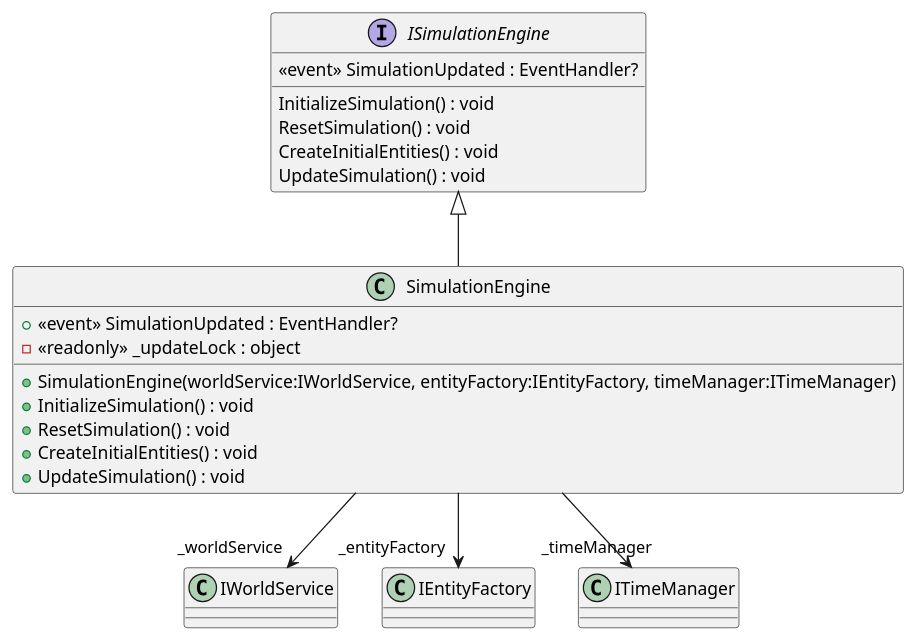
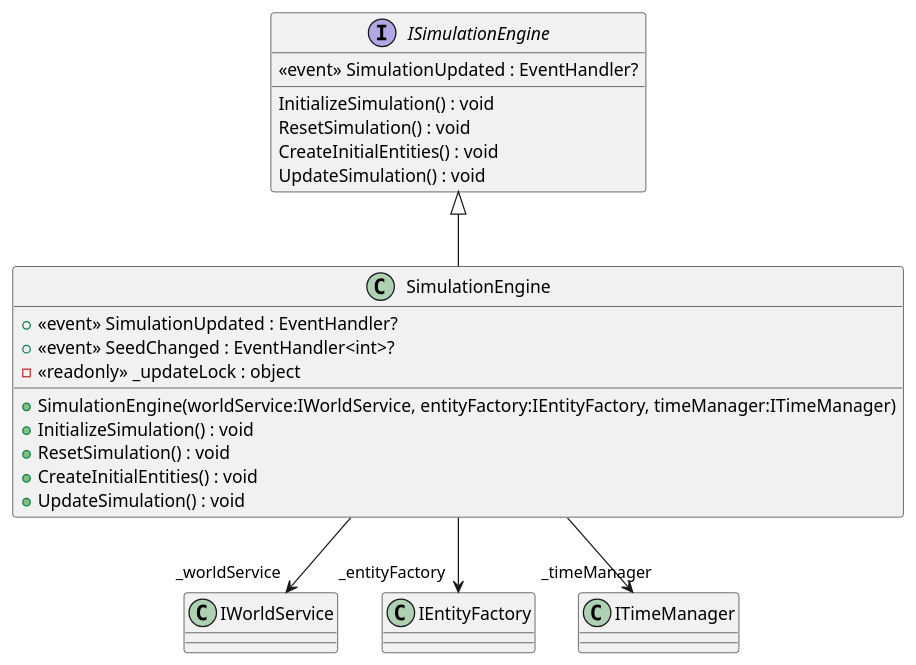
One commit to I42I/ecosystem changed the diagram in plantuml/Services/Simulation/SimulationEngine.puml. Above: the diagram before and after it, drawn with PlantUML. The commit also changed 27 other files, not shown here.

```diff
--- a/plantuml/Services/Simulation/SimulationEngine.puml
+++ b/plantuml/Services/Simulation/SimulationEngine.puml
@@ -1,22 +1,23 @@
 @startuml
 interface ISimulationEngine {
      <<event>> SimulationUpdated : EventHandler? 
     InitializeSimulation() : void
     ResetSimulation() : void
     CreateInitialEntities() : void
     UpdateSimulation() : void
 }
 class SimulationEngine {
     +  <<event>> SimulationUpdated : EventHandler? 
+    +  <<event>> SeedChanged : EventHandler<int>? 
     - <<readonly>> _updateLock : object
     + SimulationEngine(worldService:IWorldService, entityFactory:IEntityFactory, timeManager:ITimeManager)
     + InitializeSimulation() : void
     + ResetSimulation() : void
     + CreateInitialEntities() : void
     + UpdateSimulation() : void
 }
 ISimulationEngine <|-- SimulationEngine
 SimulationEngine --> "_worldService" IWorldService
 SimulationEngine --> "_entityFactory" IEntityFactory
 SimulationEngine --> "_timeManager" ITimeManager
 @enduml
```
